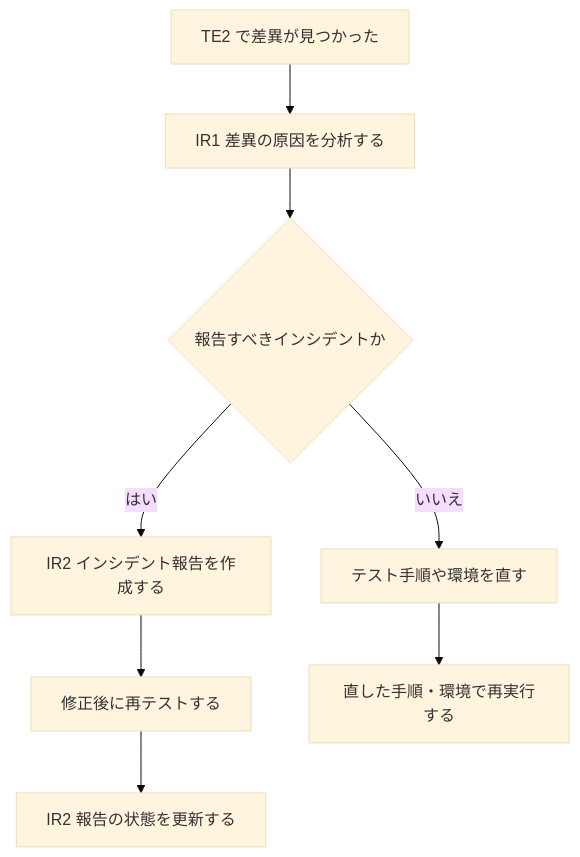
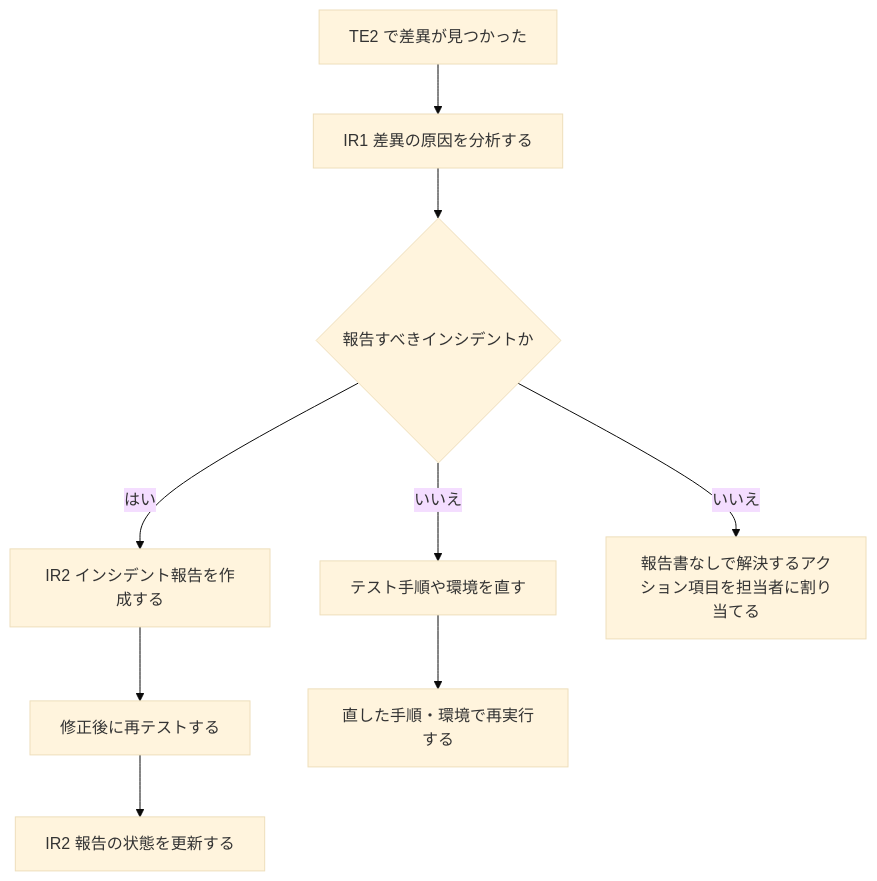
Before and after one commit to myoshi2891/Quality-Assurance-Studies: diagram 13 of 17 in Iso-29119-2-test-processes-guide.md, drawn with Mermaid (base theme). The commit also changed other lines of this file, not shown here.

Commit message:
docs(iso-29119-2): add non-report action item assignment node to incident diagram

````diff
--- a/Iso-29119-2-test-processes-guide.md
+++ b/Iso-29119-2-test-processes-guide.md
@@ -697,18 +697,20 @@
 ```mermaid
 flowchart TD
     IC1["TE2 で差異が見つかった"]
     IC2["IR1 差異の原因を分析する"]
     IC3{"報告すべきインシデントか"}
     IC4["テスト手順や環境を直す"]
     IC5["IR2 インシデント報告を作成する"]
     IC6["修正後に再テストする"]
     IC7["IR2 報告の状態を更新する"]
     IC8["直した手順・環境で再実行する"]
+    IC9["報告書なしで解決するアクション項目を担当者に割り当てる"]
     IC1 --> IC2
     IC2 --> IC3
     IC3 -->|"いいえ"| IC4
+    IC3 -->|"いいえ"| IC9
     IC3 -->|"はい"| IC5
     IC4 --> IC8
     IC5 --> IC6
     IC6 --> IC7
 ```
````
